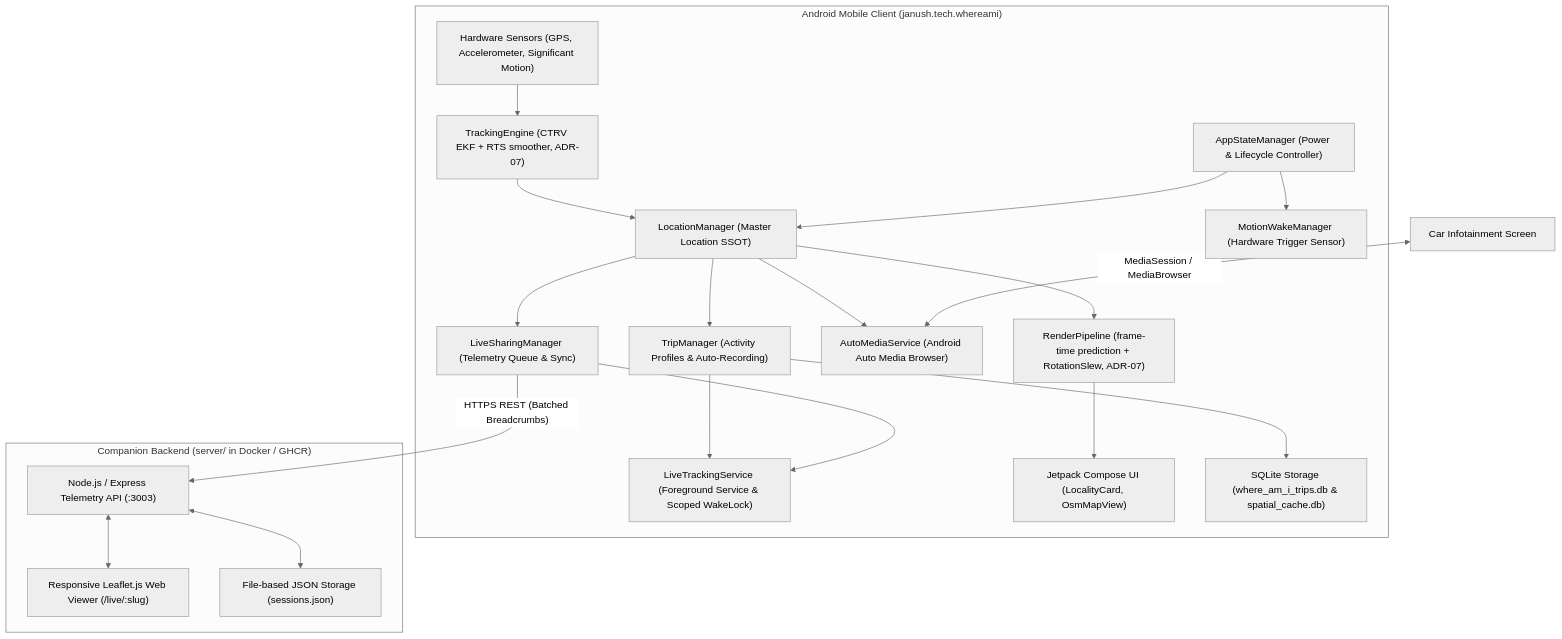
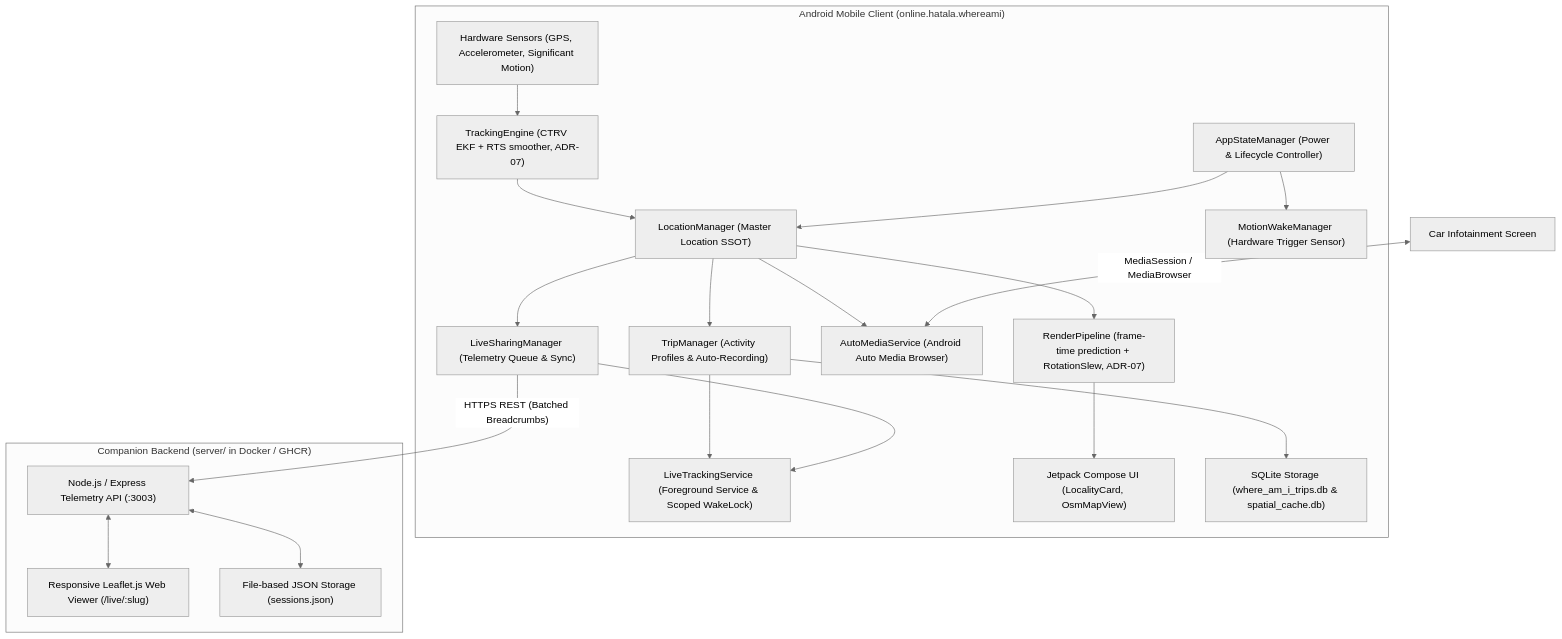
The diagram in docs/ARCHITECTURE.md (JanuszHatala/WhereAmI), drawn with Mermaid (neutral theme) before and after one commit. The commit also changed other lines of this file and 355 other files, not shown here.

Commit message:
fix(live): align rotated map arrow with leaflet-rotate, compact elapsed format, and migrate package to online.hatala.whereami

````diff
--- a/docs/ARCHITECTURE.md
+++ b/docs/ARCHITECTURE.md
@@ -21,39 +21,39 @@
 ```mermaid
 flowchart TD
-    subgraph Android_App["Android Mobile Client (janush.tech.whereami)"]
+    subgraph Android_App["Android Mobile Client (online.hatala.whereami)"]
         Sensors["Hardware Sensors (GPS, Accelerometer, Significant Motion)"]
         LM["LocationManager (Master Location SSOT)"]
         GFE["TrackingEngine (CTRV EKF + RTS smoother, ADR-07)"]
         PI["RenderPipeline (frame-time prediction + RotationSlew, ADR-07)"]
         TM["TripManager (Activity Profiles & Auto-Recording)"]
         ASM["AppStateManager (Power & Lifecycle Controller)"]
         MWM["MotionWakeManager (Hardware Trigger Sensor)"]
         LTS["LiveTrackingService (Foreground Service & Scoped WakeLock)"]
         AAMS["AutoMediaService (Android Auto Media Browser)"]
         LSM["LiveSharingManager (Telemetry Queue & Sync)"]
         UI["Jetpack Compose UI (LocalityCard, OsmMapView)"]
         DB["SQLite Storage (where_am_i_trips.db & spatial_cache.db)"]
 
         Sensors --> GFE --> LM
         LM --> PI --> UI
         LM --> TM --> DB
         LM --> LSM
         LM --> AAMS
         ASM --> MWM
         ASM --> LM
         TM --> LTS
         LSM --> LTS
     end
 
     subgraph Backend_Sync["Companion Backend (server/ in Docker / GHCR)"]
         Express["Node.js / Express Telemetry API (:3003)"]
         Leaflet["Responsive Leaflet.js Web Viewer (/live/:slug)"]
         Store["File-based JSON Storage (sessions.json)"]
 
         Express <--> Store
         Express <--> Leaflet
     end
 
     LSM -- "HTTPS REST (Batched Breadcrumbs)" --> Express
     Car["Car Infotainment Screen"] <-- "MediaSession / MediaBrowser" --> AAMS
 ```
````
